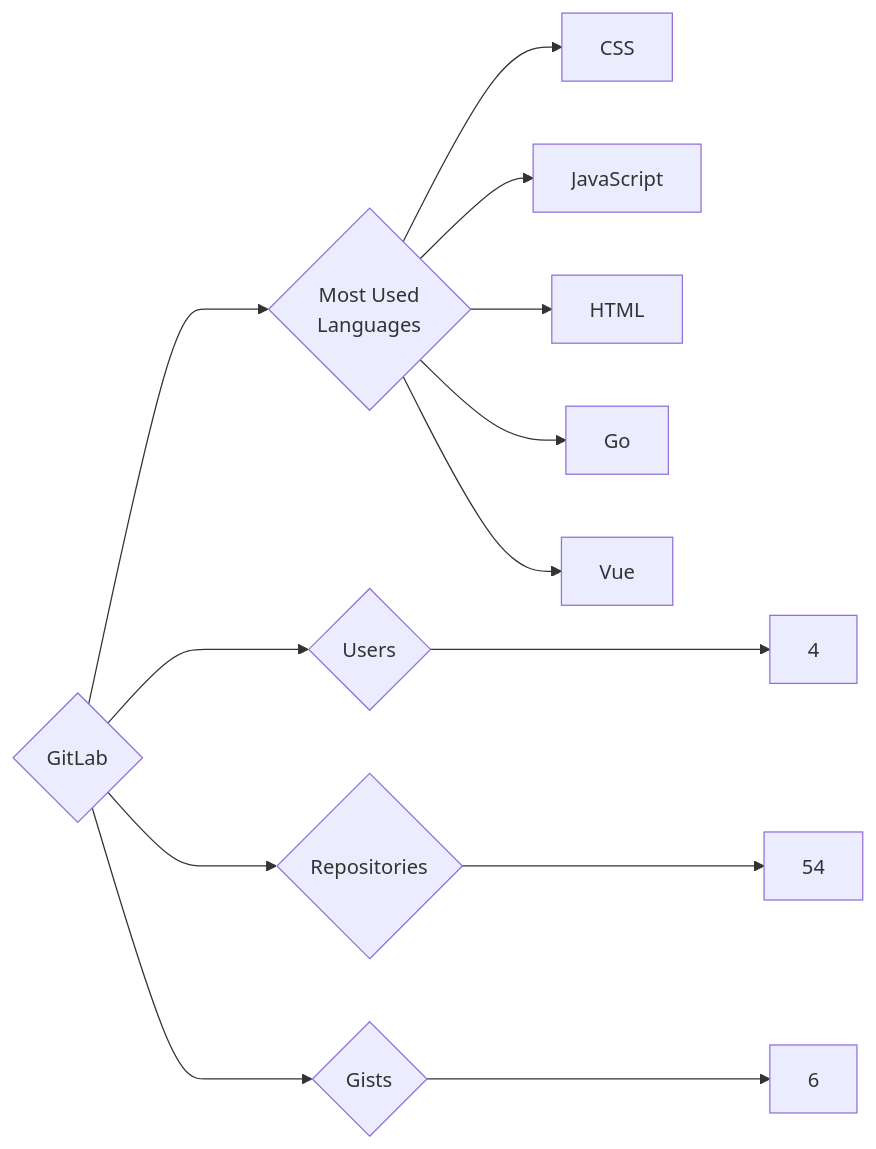
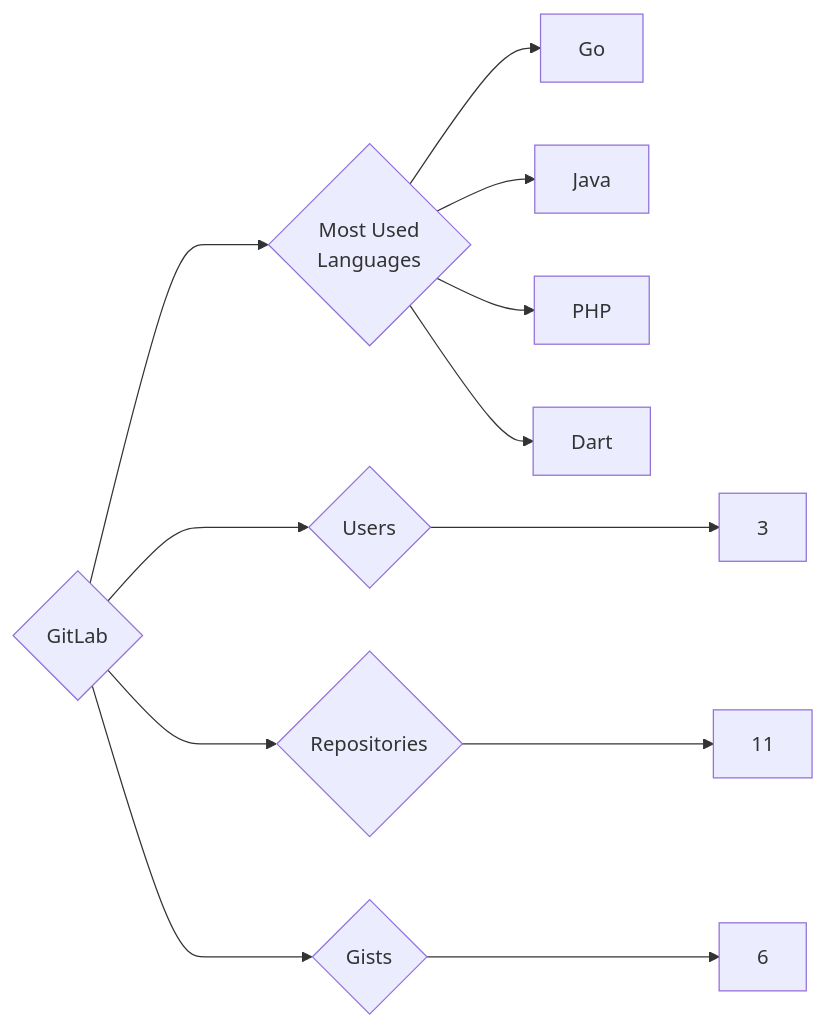
One commit to trickest/insiders changed the diagram in targets/GitLab/README.md. Above: the diagram before and after it, drawn with Mermaid. The commit also changed 993 other files, not shown here.

````diff
--- a/targets/GitLab/README.md
+++ b/targets/GitLab/README.md
@@ -3,13 +3,12 @@
 ```mermaid
 graph LR
 COMPANY_NAME{GitLab}
-COMPANY_NAME ---> U{Users} ---> UN[4]
-COMPANY_NAME ---> R{Repositories} ---> RN[54]
+COMPANY_NAME ---> U{Users} ---> UN[3]
+COMPANY_NAME ---> R{Repositories} ---> RN[11]
 COMPANY_NAME ---> G{Gists} ---> GN[6]
 COMPANY_NAME ---> ML{Most Used<br>Languages}
-ML --> CSS[CSS]
-ML --> JavaScript[JavaScript]
-ML --> HTML[HTML]
 ML --> Go[Go]
-ML --> Vue[Vue]
+ML --> Java[Java]
+ML --> PHP[PHP]
+ML --> Dart[Dart]
 ```
````
